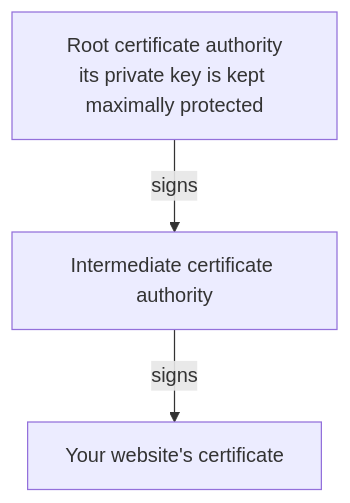
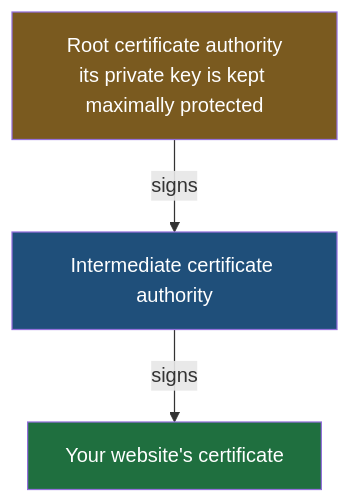
One commit to Dummy-Bug/system-design-handbook changed the fifth of 6 diagrams in Devops/04-Networking/10-Certificates-And-Trust.md. Above: the diagram before and after it, drawn with Mermaid. The commit also changed other lines of this file and 53 other files, not shown here.

````diff
--- a/Devops/04-Networking/10-Certificates-And-Trust.md
+++ b/Devops/04-Networking/10-Certificates-And-Trust.md
@@ -149,5 +164,8 @@
 ```mermaid
 flowchart TD
     ROOT["Root certificate authority<br/>its private key is kept maximally protected"] -->|"signs"| INT["Intermediate certificate authority"]
     INT -->|"signs"| WEB["Your website's certificate"]
+    style ROOT fill:#7a5a1f,color:#fff
+    style INT fill:#1f4f7a,color:#fff
+    style WEB fill:#1f6f3f,color:#fff
 ```
````
